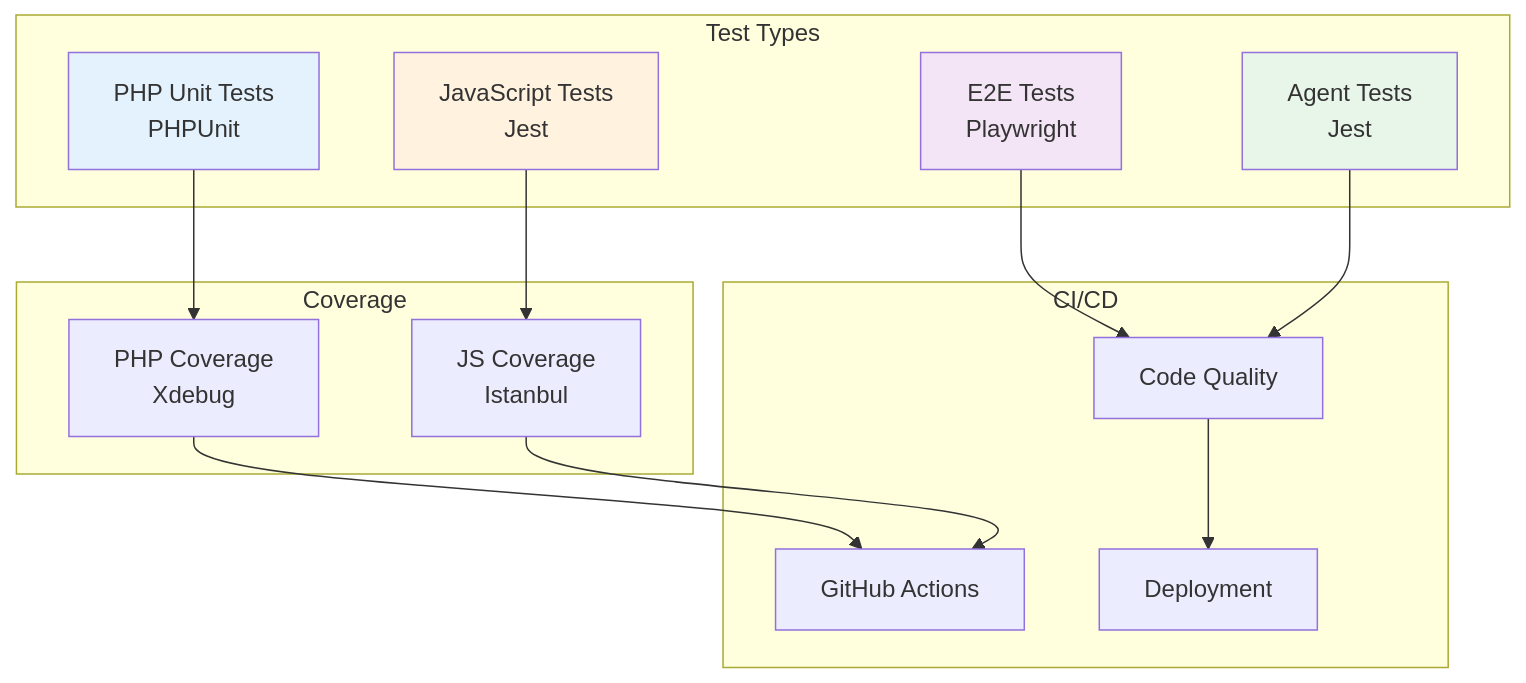
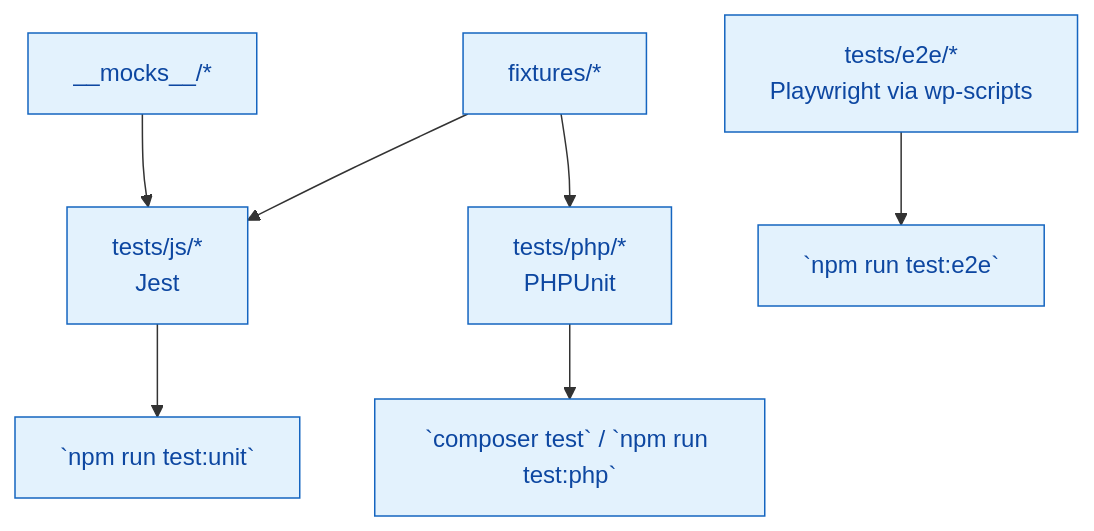
Before and after one commit to lightspeedwp/multi-block-plugin-scaffold: the diagram in tests/README.md, drawn with Mermaid. The commit also changed other lines of this file and 25 other files, not shown here.

````diff
--- a/tests/README.md
+++ b/tests/README.md
@@ -30,34 +14,12 @@
 ```mermaid
 flowchart TB
-    subgraph "Test Types"
-        PHP[PHP Unit Tests<br/>PHPUnit]
-        JS[JavaScript Tests<br/>Jest]
-        E2E[E2E Tests<br/>Playwright]
-        Agent[Agent Tests<br/>Jest]
-    end
+    JS[tests/js/*<br/>Jest] --> UnitCmd[`npm run test:unit`]
+    PHP[tests/php/*<br/>PHPUnit] --> PHPCmd[`composer test` / `npm run test:php`]
+    E2E[tests/e2e/*<br/>Playwright via wp-scripts] --> E2ECmd[`npm run test:e2e`]
+    Fixtures[fixtures/*] --> JS
+    Fixtures --> PHP
+    Mocks[__mocks__/*] --> JS
 
-    subgraph "Coverage"
-        PHPCov[PHP Coverage<br/>Xdebug]
-        JSCov[JS Coverage<br/>Istanbul]
-    end
-
-    subgraph "CI/CD"
-        GHA[GitHub Actions]
-        Quality[Code Quality]
-        Deploy[Deployment]
-    end
-
-    PHP --> PHPCov
-    JS --> JSCov
-    E2E --> Quality
-    Agent --> Quality
-
-    PHPCov --> GHA
-    JSCov --> GHA
-    Quality --> Deploy
-
-    style PHP fill:#e3f2fd
-    style JS fill:#fff3e0
-    style E2E fill:#f3e5f5
-    style Agent fill:#e8f5e9
+    classDef node fill:#e3f2fd,stroke:#1565c0,color:#0d47a1;
+    class JS,PHP,E2E,Fixtures,Mocks,UnitCmd,PHPCmd,E2ECmd node;
 ```
````
